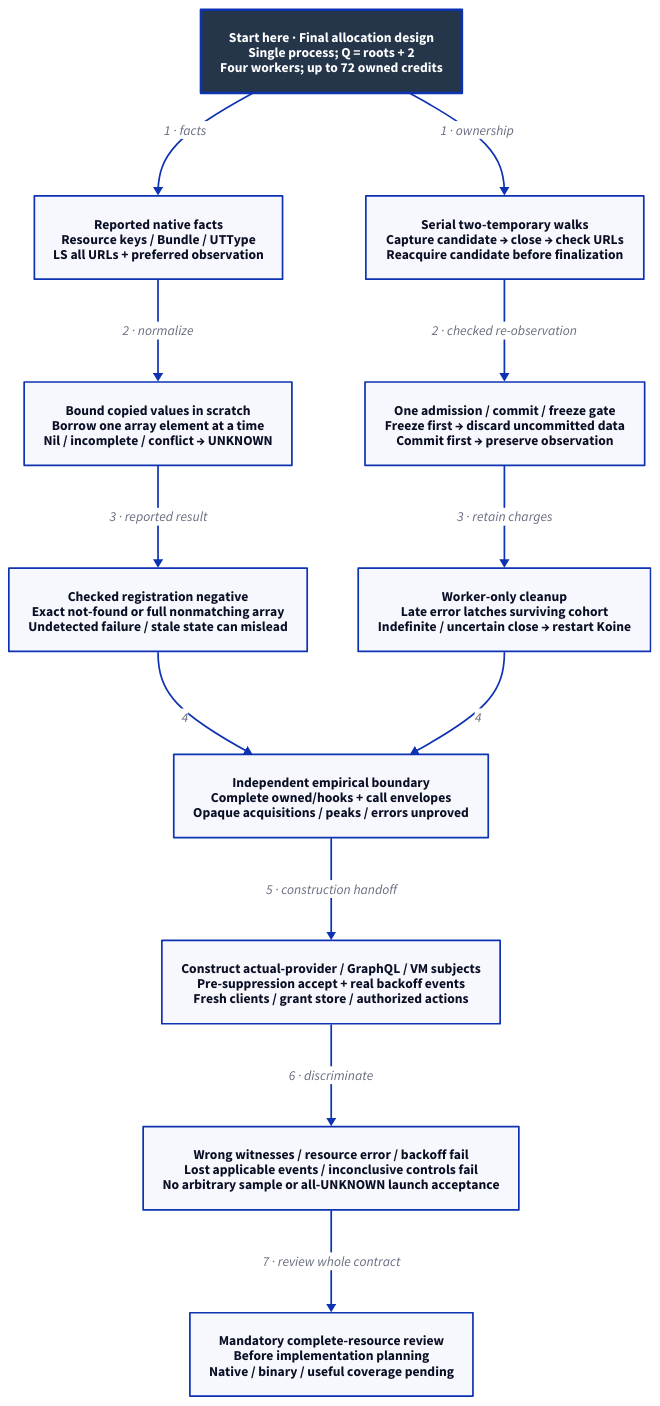
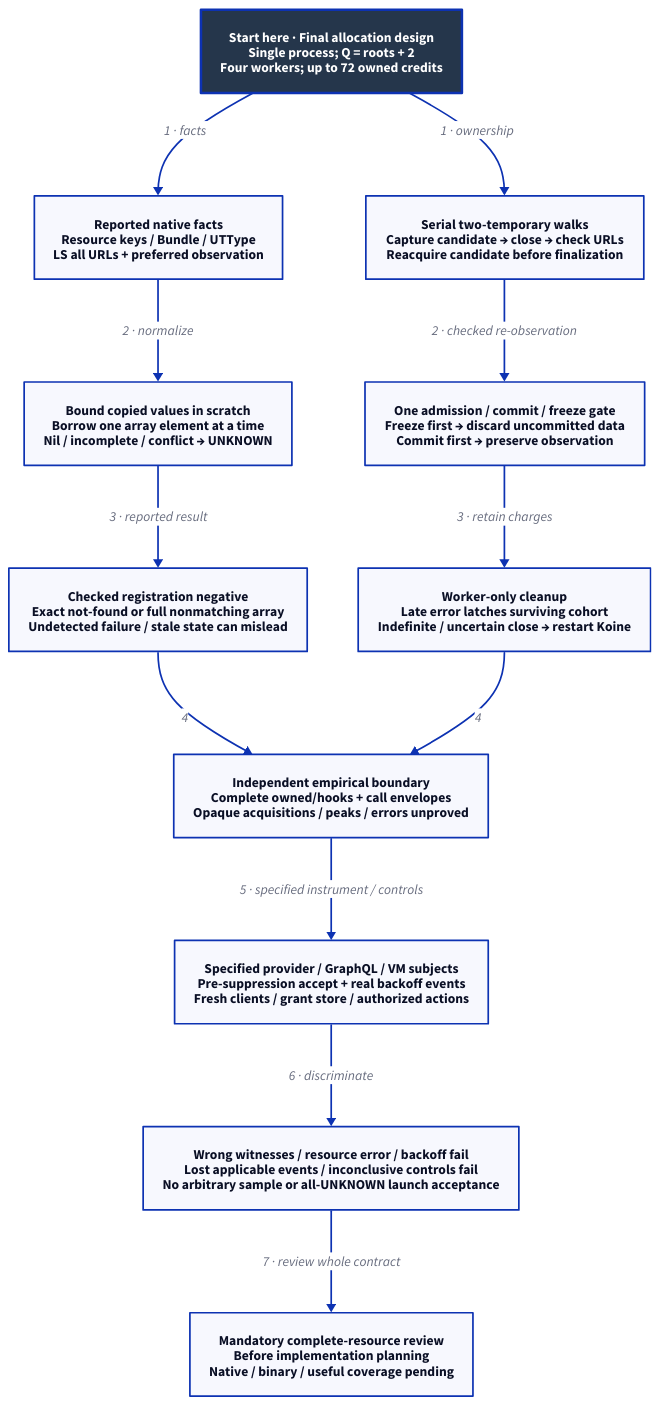
One commit to Linkuistics/Koine changed the diagram in docs/design/architecture/search-resources.d2. Above: the diagram before and after it, drawn with D2. The commit also changed 26 other files, not shown here.

Commit message:
search-serviceability-subjects-k113; search-native-resources-k109: specify serviceability subjects

```diff
--- a/docs/design/architecture/search-resources.d2
+++ b/docs/design/architecture/search-resources.d2
@@ -1,27 +1,27 @@
-# Final in-process allocation design; construction, review and native acceptance pending.
+# Final allocation/subject construction design; review, execution and native acceptance pending.
 direction: down
 classes: {
   start: {style: {fill: "#25364B"; font-color: "#FFFFFF"; bold: true; stroke-width: 3}}
 }
 Start: "Start here · Final allocation design\nSingle process; Q = roots + 2\nFour workers; up to 72 owned credits" {class: start}
 Facts: "Reported native facts\nResource keys / Bundle / UTType\nLS all URLs + preferred observation"
 Values: "Bound copied values in scratch\nBorrow one array element at a time\nNil / incomplete / conflict → UNKNOWN"
 Meaning: "Checked registration negative\nExact not-found or full nonmatching array\nUndetected failure / stale state can mislead"
 Ownership: "Serial two-temporary walks\nCapture candidate → close → check URLs\nReacquire candidate before finalization"
 Gate: "One admission / commit / freeze gate\nFreeze first → discard uncommitted data\nCommit first → preserve observation"
 Recovery: "Worker-only cleanup\nLate error latches surviving cohort\nIndefinite / uncertain close → restart Koine"
 Evidence: "Independent empirical boundary\nComplete owned/hooks + call envelopes\nOpaque acquisitions / peaks / errors unproved"
-Subjects: "Construct actual-provider / GraphQL / VM subjects\nPre-suppression accept + real backoff events\nFresh clients / grant store / authorized actions"
+Subjects: "Specified provider / GraphQL / VM subjects\nPre-suppression accept + real backoff events\nFresh clients / grant store / authorized actions"
 Failures: "Wrong witnesses / resource error / backoff fail\nLost applicable events / inconclusive controls fail\nNo arbitrary sample or all-UNKNOWN launch acceptance"
 Review: "Mandatory complete-resource review\nBefore implementation planning\nNative / binary / useful coverage pending"
 Start -> Facts: "1 · facts"
 Start -> Ownership: "1 · ownership"
 Facts -> Values: "2 · normalize"
 Values -> Meaning: "3 · reported result"
 Ownership -> Gate: "2 · checked re-observation"
 Gate -> Recovery: "3 · retain charges"
 Meaning -> Evidence: "4"
 Recovery -> Evidence: "4"
-Evidence -> Subjects: "5 · construction handoff"
+Evidence -> Subjects: "5 · specified instrument / controls"
 Subjects -> Failures: "6 · discriminate"
 Failures -> Review: "7 · review whole contract"
```
